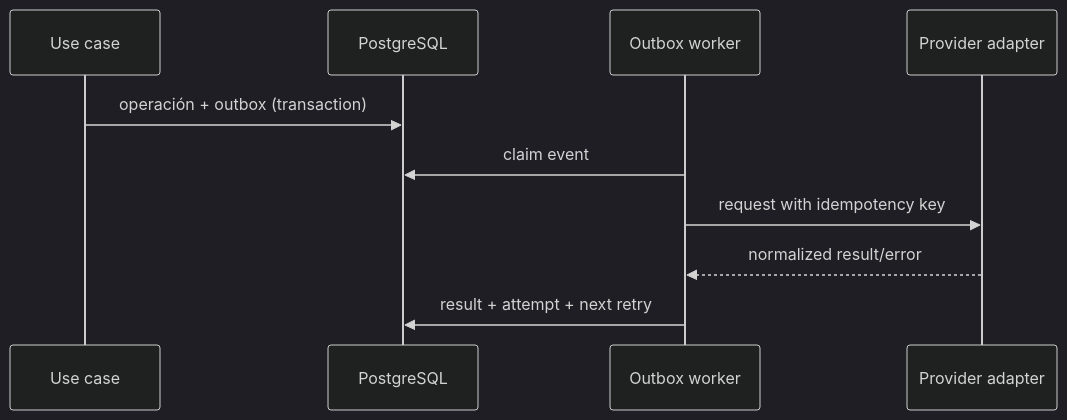
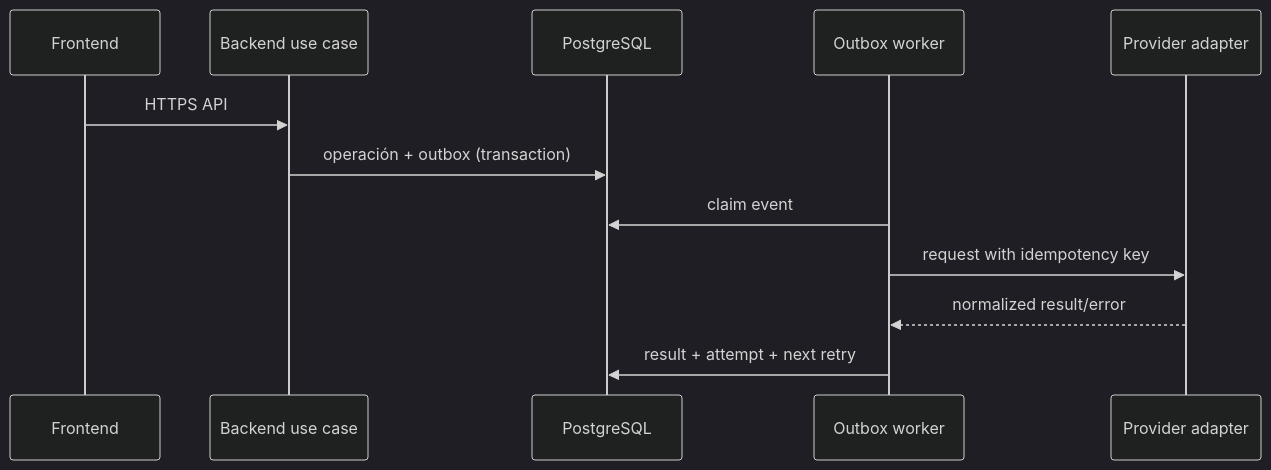
Before and after one commit to facundograndez/Ferronik-SRL_CRM: the diagram in docs/INTEGRATIONS.md, drawn with Mermaid (dark theme). The commit also changed other lines of this file and 11 other files, not shown here.

Commit message:
docs: split frontend and backend architecture

````diff
--- a/docs/INTEGRATIONS.md
+++ b/docs/INTEGRATIONS.md
@@ -7,12 +7,14 @@
 ```mermaid
 sequenceDiagram
-  participant U as Use case
+  participant F as Frontend
+  participant U as Backend use case
   participant DB as PostgreSQL
   participant O as Outbox worker
   participant P as Provider adapter
+  F->>U: HTTPS API
   U->>DB: operación + outbox (transaction)
   O->>DB: claim event
   O->>P: request with idempotency key
   P-->>O: normalized result/error
   O->>DB: result + attempt + next retry
 ```
````
